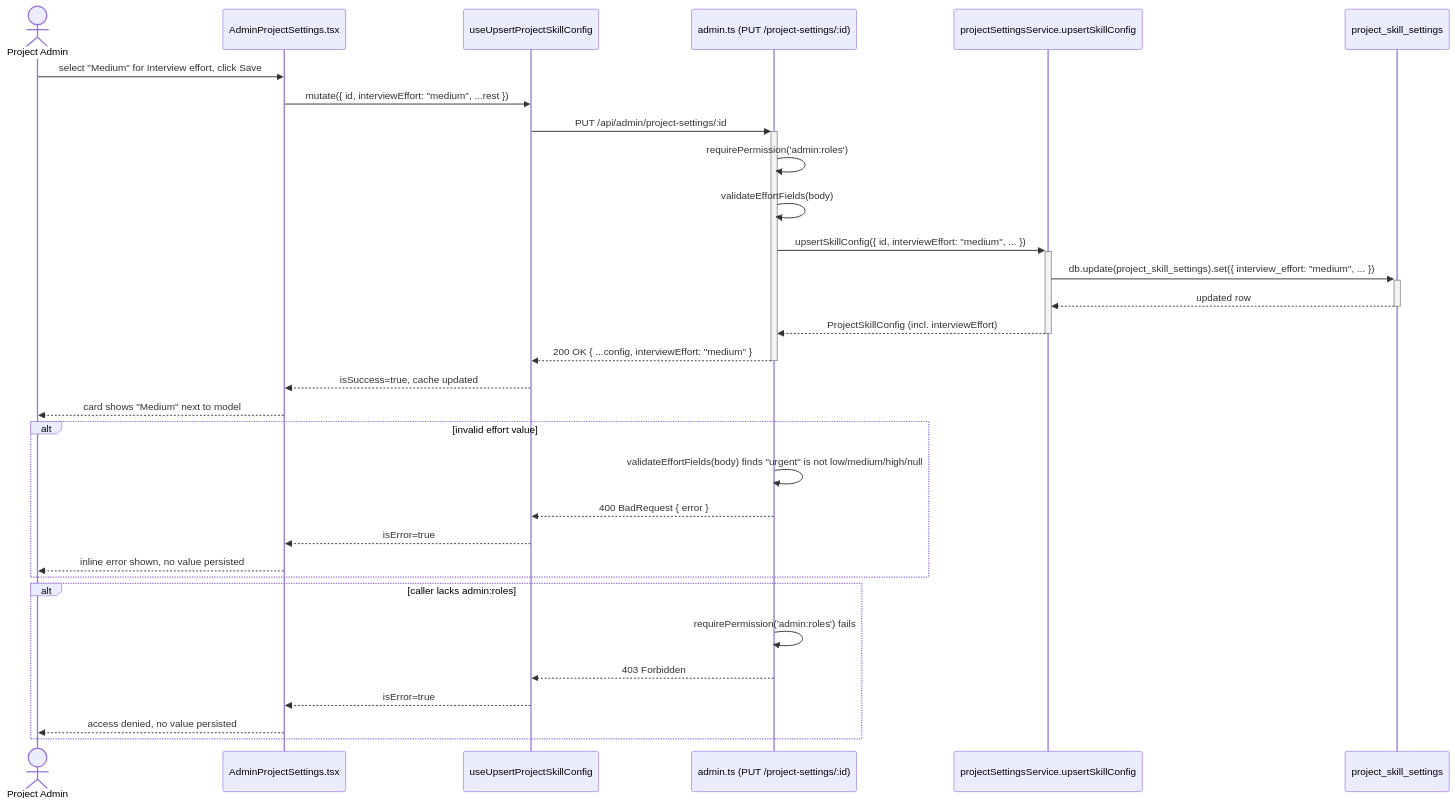
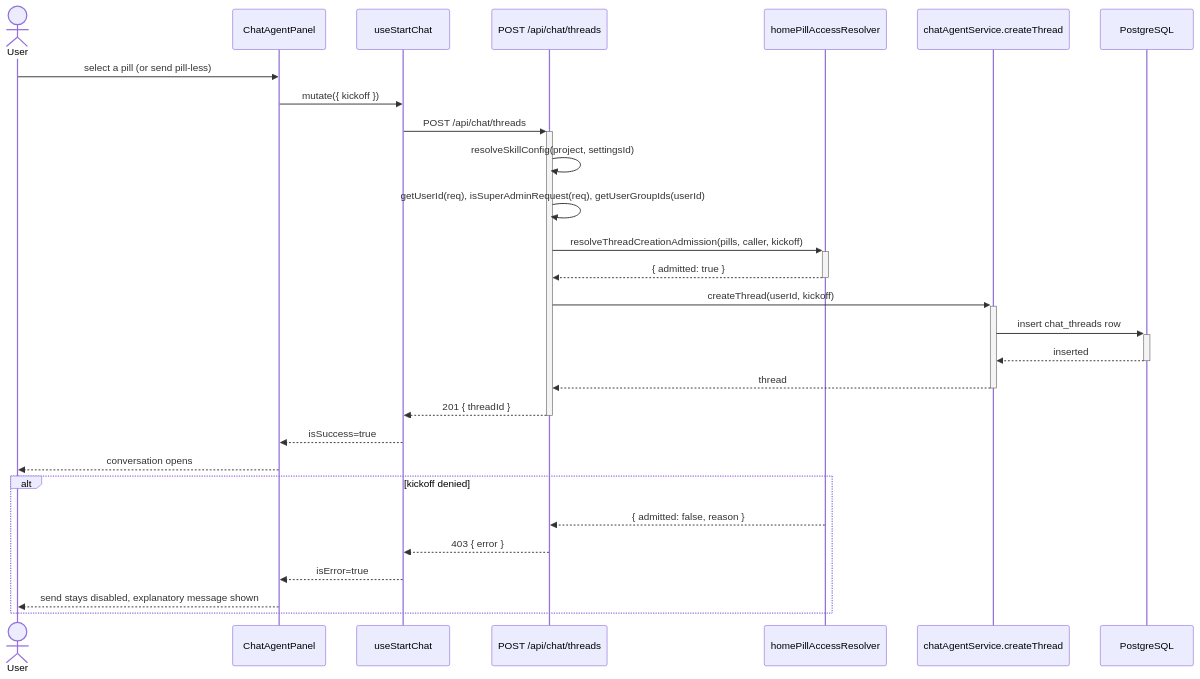
One commit to ryamiller-amergis/Apex changed the first of 2 diagrams in .ai-pilot/local-dev/feat-002/design-spec/tech-spec.md. Above: the diagram before and after it, drawn with Mermaid. The commit also changed other lines of this file and 42 other files, not shown here.

````diff
--- a/.ai-pilot/local-dev/feat-002/design-spec/tech-spec.md
+++ b/.ai-pilot/local-dev/feat-002/design-spec/tech-spec.md
@@ -157,36 +175,32 @@
 ```mermaid
 sequenceDiagram
-  actor Admin as Project Admin
-  participant UI as AdminProjectSettings.tsx
-  participant Hook as useUpsertProjectSkillConfig
-  participant Route as admin.ts (PUT /project-settings/:id)
-  participant Service as projectSettingsService.upsertSkillConfig
-  participant DB as project_skill_settings
+  actor User
+  participant Composer as ChatAgentPanel
+  participant Hook as useStartChat
+  participant Route as POST /api/chat/threads
+  participant Resolver as homePillAccessResolver
+  participant Chat as chatAgentService.createThread
+  participant DB as PostgreSQL
 
-  Admin->>UI: select "Medium" for Interview effort, click Save
-  UI->>Hook: mutate({ id, interviewEffort: "medium", ...rest })
-  Hook->>+Route: PUT /api/admin/project-settings/:id
-  Route->>Route: requirePermission('admin:roles')
-  Route->>Route: validateEffortFields(body)
-  Route->>+Service: upsertSkillConfig({ id, interviewEffort: "medium", ... })
-  Service->>+DB: db.update(project_skill_settings).set({ interview_effort: "medium", ... })
-  DB-->>-Service: updated row
-  Service-->>-Route: ProjectSkillConfig (incl. interviewEffort)
-  Route-->>-Hook: 200 OK { ...config, interviewEffort: "medium" }
-  Hook-->>UI: isSuccess=true, cache updated
-  UI-->>Admin: card shows "Medium" next to model
+  User->>Composer: select a pill (or send pill-less)
+  Composer->>Hook: mutate({ kickoff })
+  Hook->>+Route: POST /api/chat/threads
+  Route->>Route: resolveSkillConfig(project, settingsId)
+  Route->>Route: getUserId(req), isSuperAdminRequest(req), getUserGroupIds(userId)
+  Route->>+Resolver: resolveThreadCreationAdmission(pills, caller, kickoff)
+  Resolver-->>-Route: { admitted: true }
+  Route->>+Chat: createThread(userId, kickoff)
+  Chat->>+DB: insert chat_threads row
+  DB-->>-Chat: inserted
+  Chat-->>-Route: thread
+  Route-->>-Hook: 201 { threadId }
+  Hook-->>Composer: isSuccess=true
+  Composer-->>User: conversation opens
 
-  alt invalid effort value
-    Route->>Route: validateEffortFields(body) finds "urgent" is not low/medium/high/null
-    Route-->>Hook: 400 BadRequest { error }
-    Hook-->>UI: isError=true
-    UI-->>Admin: inline error shown, no value persisted
-  end
-
-  alt caller lacks admin:roles
-    Route->>Route: requirePermission('admin:roles') fails
-    Route-->>Hook: 403 Forbidden
-    Hook-->>UI: isError=true
-    UI-->>Admin: access denied, no value persisted
+  alt kickoff denied
+    Resolver-->>Route: { admitted: false, reason }
+    Route-->>Hook: 403 { error }
+    Hook-->>Composer: isError=true
+    Composer-->>User: send stays disabled, explanatory message shown
   end
 ```
````
